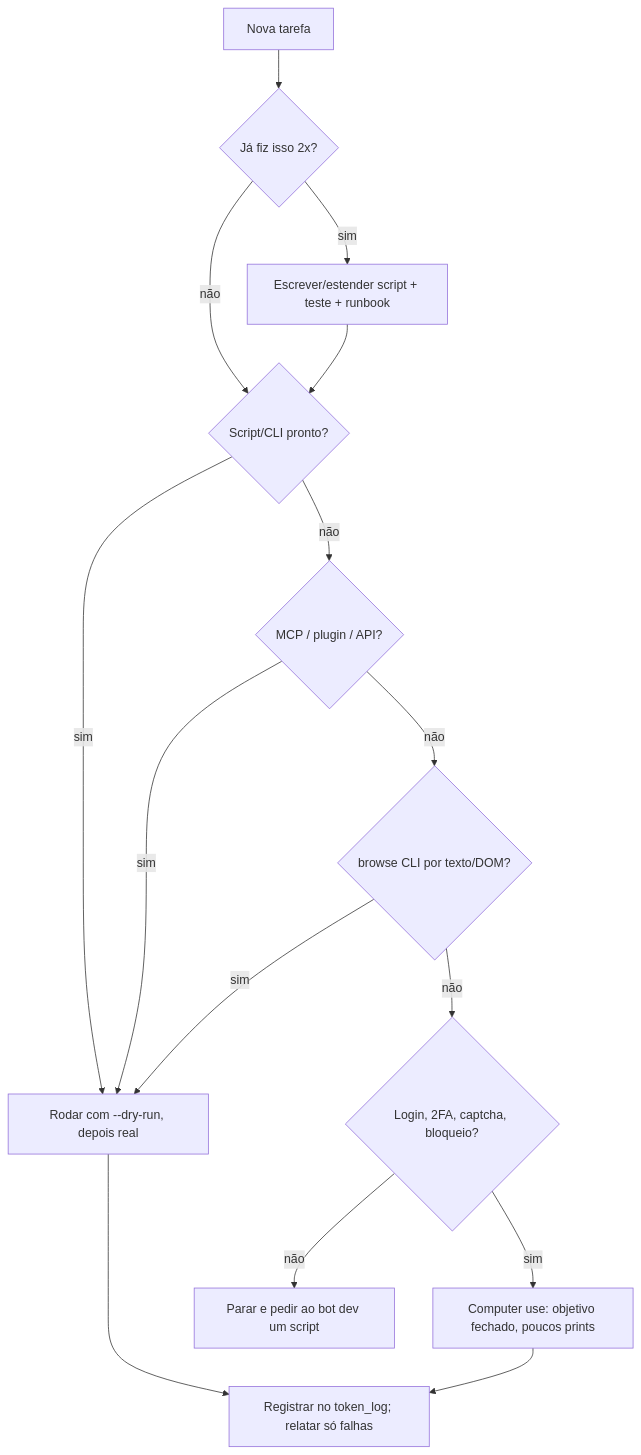
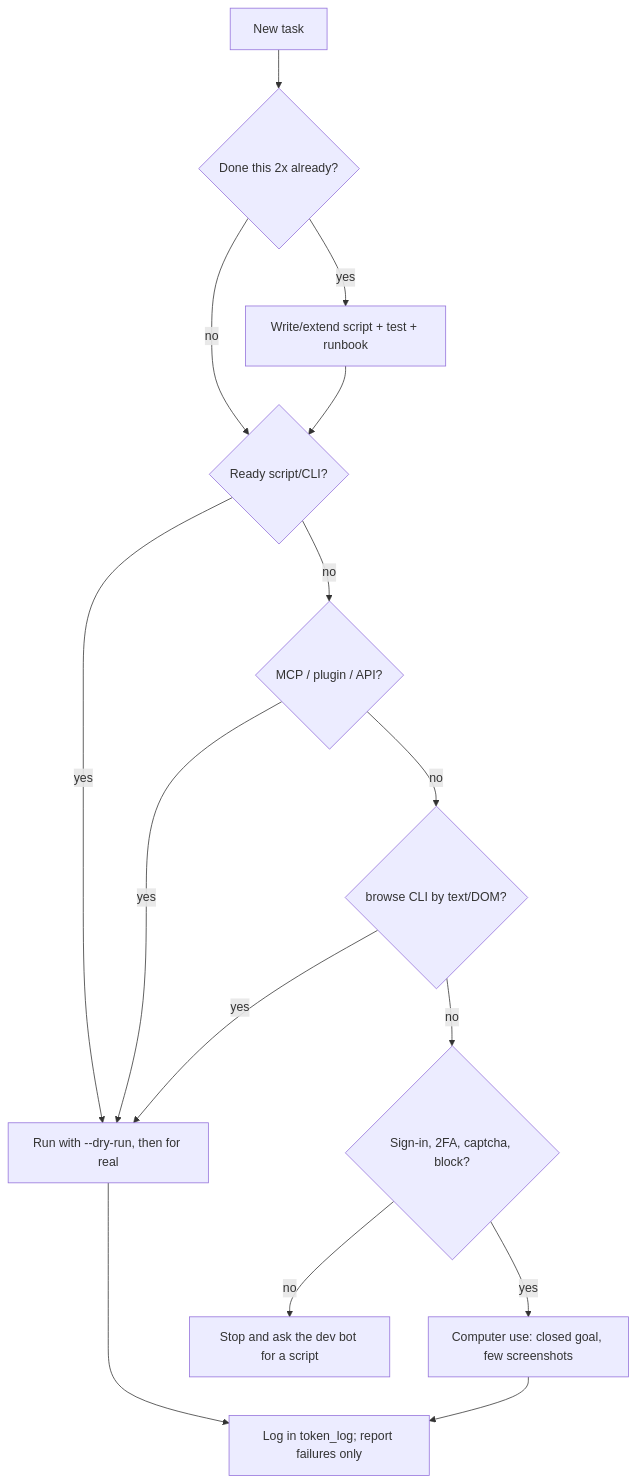
One commit to wesleysimplicio/grokbot-economy changed the diagram in SKILL.md. Above: the diagram before and after it, drawn with Mermaid. The commit also changed other lines of this file and 2 other files, not shown here.

````diff
--- a/SKILL.md
+++ b/SKILL.md
@@ -184,17 +184,17 @@
 ```mermaid
 flowchart TD
-  A[Nova tarefa] --> B{Já fiz isso 2x?}
-  B -- sim --> S[Escrever/estender script + teste + runbook]
-  B -- não --> C{Script/CLI pronto?}
+  A[New task] --> B{Done this 2x already?}
+  B -- yes --> S[Write/extend script + test + runbook]
+  B -- no --> C{Ready script/CLI?}
   S --> C
-  C -- sim --> R[Rodar com --dry-run, depois real]
-  C -- não --> D{MCP / plugin / API?}
-  D -- sim --> R
-  D -- não --> E{browse CLI por texto/DOM?}
-  E -- sim --> R
-  E -- não --> F{Login, 2FA, captcha, bloqueio?}
-  F -- sim --> G[Computer use: objetivo fechado, poucos prints]
-  F -- não --> H[Parar e pedir ao bot dev um script]
-  R --> L[Registrar no token_log; relatar só falhas]
+  C -- yes --> R[Run with --dry-run, then for real]
+  C -- no --> D{MCP / plugin / API?}
+  D -- yes --> R
+  D -- no --> E{browse CLI by text/DOM?}
+  E -- yes --> R
+  E -- no --> F{Sign-in, 2FA, captcha, block?}
+  F -- yes --> G[Computer use: closed goal, few screenshots]
+  F -- no --> H[Stop and ask the dev bot for a script]
+  R --> L[Log in token_log; report failures only]
   G --> L
 ```
````
